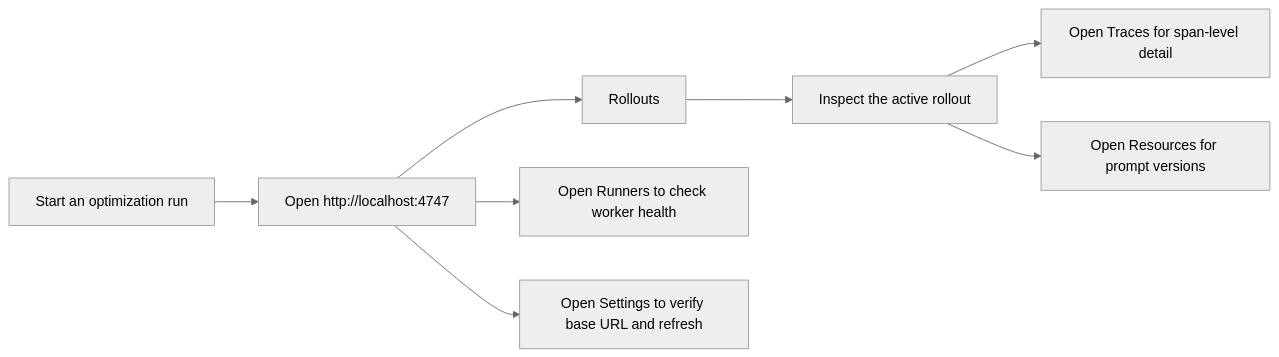
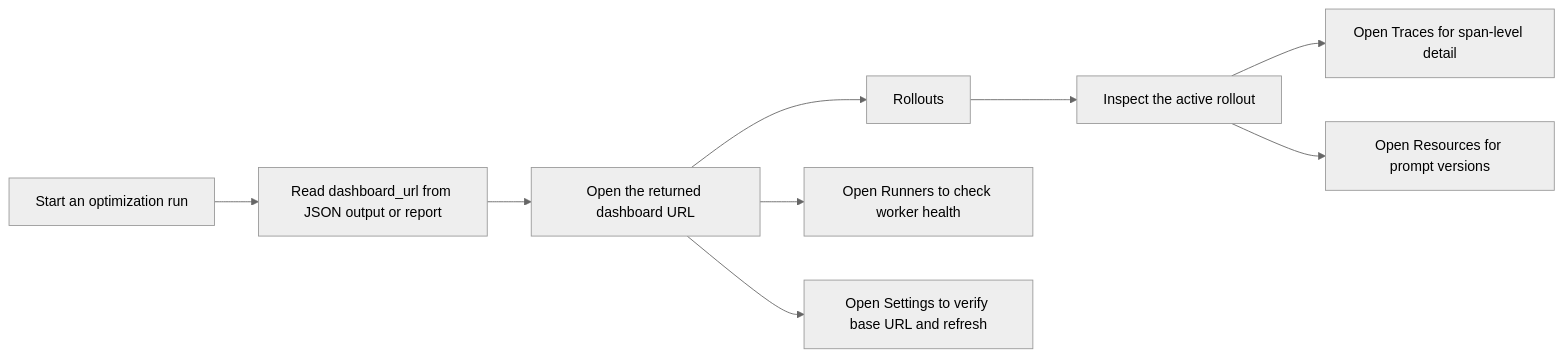
Before and after one commit to Tyler-R-Kendrick/copilot-auto-training: the diagram in docs/dashboard.md, drawn with Mermaid (neutral theme). The commit also changed other lines of this file and 24 other files, not shown here.

````diff
--- a/docs/dashboard.md
+++ b/docs/dashboard.md
@@ -31,10 +32,11 @@
 ```mermaid
 flowchart LR
-  A[Start an optimization run] --> B[Open http://localhost:4747]
-  B --> C[Rollouts]
-  C --> D[Inspect the active rollout]
-  D --> E[Open Traces for span-level detail]
-  D --> F[Open Resources for prompt versions]
-  B --> G[Open Runners to check worker health]
-  B --> H[Open Settings to verify base URL and refresh]
+  A[Start an optimization run] --> B[Read dashboard_url from JSON output or report]
+  B --> C[Open the returned dashboard URL]
+  C --> D[Rollouts]
+  D --> E[Inspect the active rollout]
+  E --> F[Open Traces for span-level detail]
+  E --> G[Open Resources for prompt versions]
+  C --> H[Open Runners to check worker health]
+  C --> I[Open Settings to verify base URL and refresh]
 ```
````
